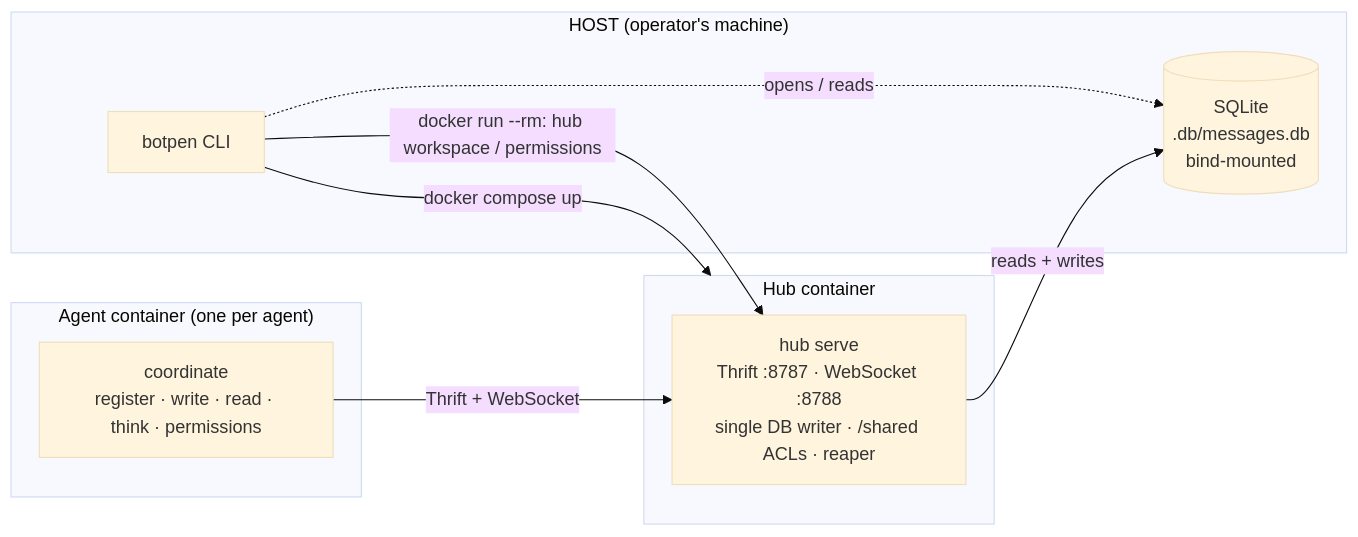
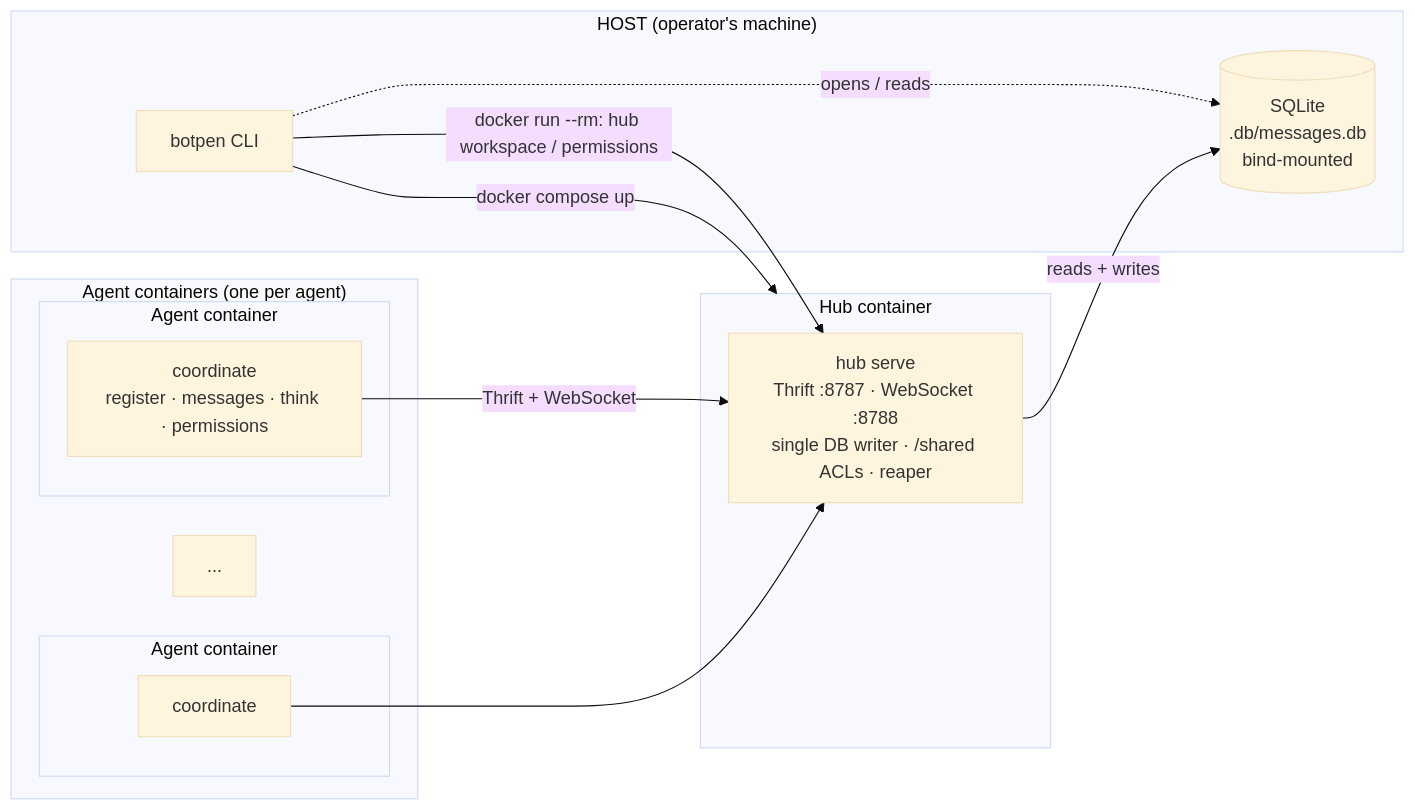
Before and after one commit to kunalbhagawati/botpen: the second of 3 diagrams in ARCHITECTURE.md, drawn with Mermaid (base theme). The commit also changed other lines of this file and 6 other files, not shown here.

````diff
--- a/ARCHITECTURE.md
+++ b/ARCHITECTURE.md
@@ -36,18 +41,25 @@
 ```mermaid
 flowchart LR
     subgraph host["HOST (operator's machine)"]
         bp["botpen CLI"]
         db[("SQLite<br/>.db/messages.db<br/>bind-mounted")]
     end
     subgraph hubc["Hub container"]
         hub["hub serve<br/>Thrift :8787 · WebSocket :8788<br/>single DB writer · /shared ACLs · reaper"]
     end
-    subgraph agentc["Agent container (one per agent)"]
-        co["coordinate<br/>register · write · read · think · permissions"]
+    subgraph agents["Agent containers (one per agent)"]
+        subgraph a1["Agent container"]
+            co1["coordinate<br/>register · messages · think · permissions"]
+        end
+        subgraph a2["Agent container"]
+            co2["coordinate"]
+        end
+        amore["..."]
     end
     bp -->|docker compose up| hubc
     bp -->|"docker run --rm: hub workspace / permissions"| hub
     bp -.->|opens / reads| db
     hub -->|reads + writes| db
-    co -->|Thrift + WebSocket| hub
+    co1 -->|Thrift + WebSocket| hub
+    co2 --> hub
 ```
````
